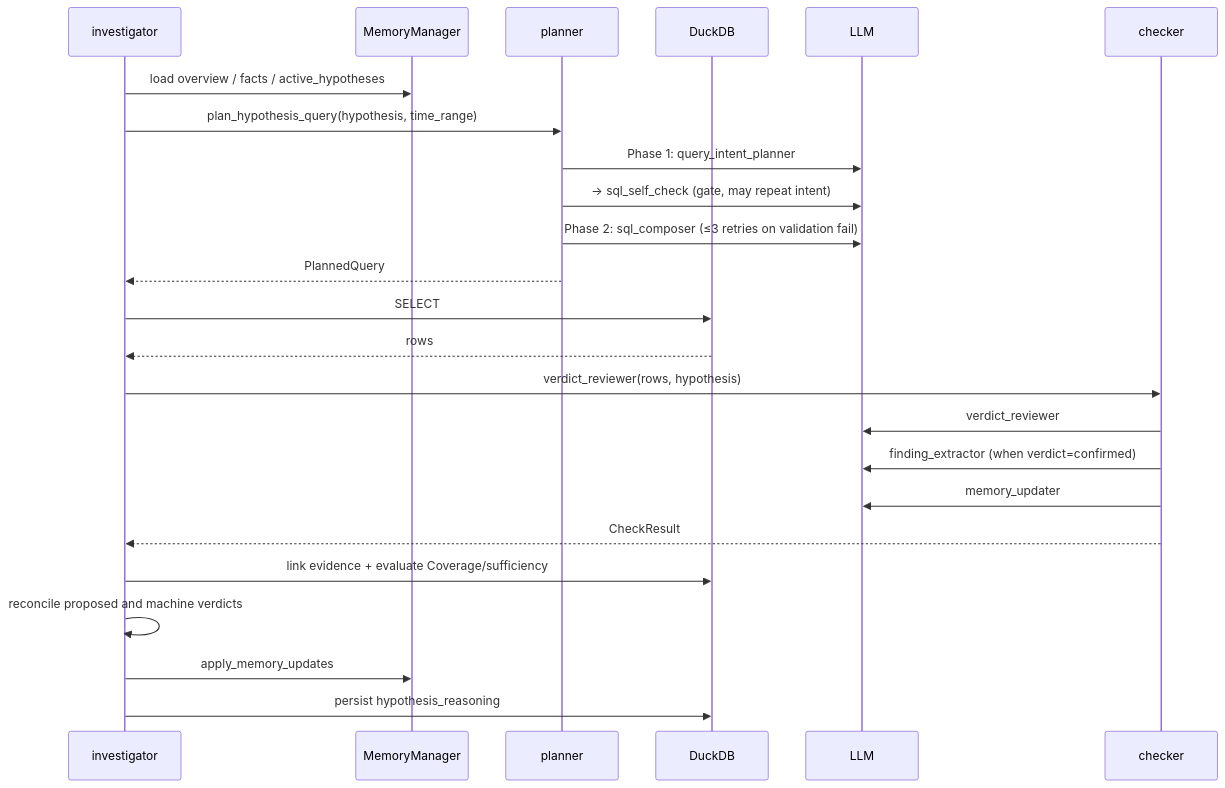
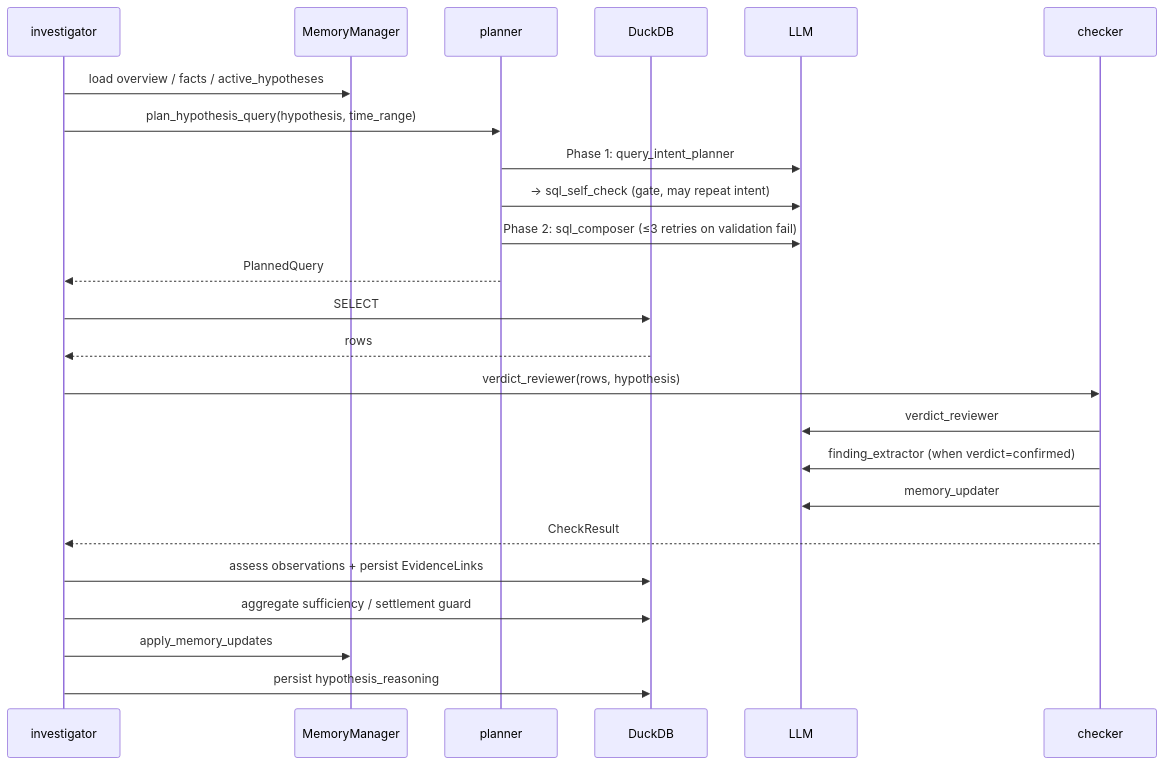
The third of 4 diagrams in docs/architecture.md (sumeshi/forensia), drawn with Mermaid before and after one commit. The commit also changed other lines of this file and 6 other files, not shown here.

Commit message:
refactor: assess evidence before sufficiency settlement

````diff
--- a/docs/architecture.md
+++ b/docs/architecture.md
@@ -137,27 +137,27 @@
 ```mermaid
 sequenceDiagram
     participant Inv as investigator
     participant Mem as MemoryManager
     participant Plan as planner
     participant DB as DuckDB
     participant LLM
     participant Chk as checker
 
     Inv->>Mem: load overview / facts / active_hypotheses
     Inv->>Plan: plan_hypothesis_query(hypothesis, time_range)
     Plan->>LLM: Phase 1: query_intent_planner
     Plan->>LLM: → sql_self_check (gate, may repeat intent)
     Plan->>LLM: Phase 2: sql_composer (≤3 retries on validation fail)
     Plan-->>Inv: PlannedQuery
     Inv->>DB: SELECT
     DB-->>Inv: rows
     Inv->>Chk: verdict_reviewer(rows, hypothesis)
     Chk->>LLM: verdict_reviewer
     Chk->>LLM: finding_extractor (when verdict=confirmed)
     Chk->>LLM: memory_updater
     Chk-->>Inv: CheckResult
-    Inv->>DB: link evidence + evaluate Coverage/sufficiency
-    Inv->>Inv: reconcile proposed and machine verdicts
+    Inv->>DB: assess observations + persist EvidenceLinks
+    Inv->>DB: aggregate sufficiency / settlement guard
     Inv->>Mem: apply_memory_updates
     Inv->>DB: persist hypothesis_reasoning
 ```
````
